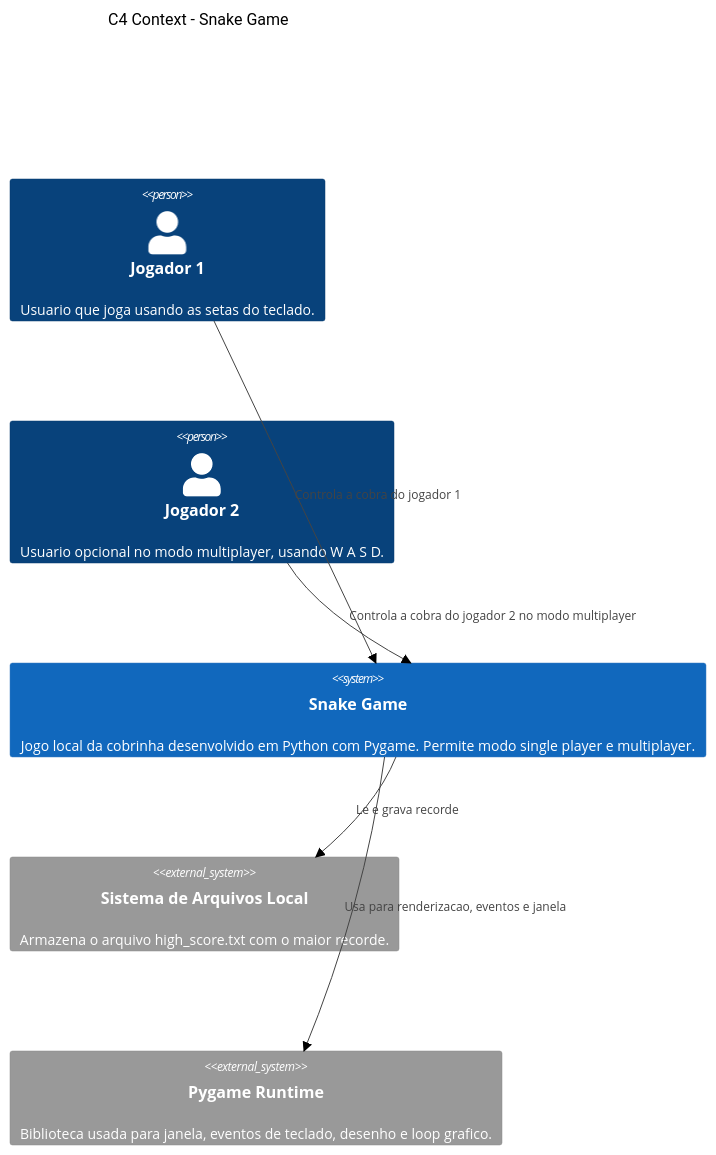
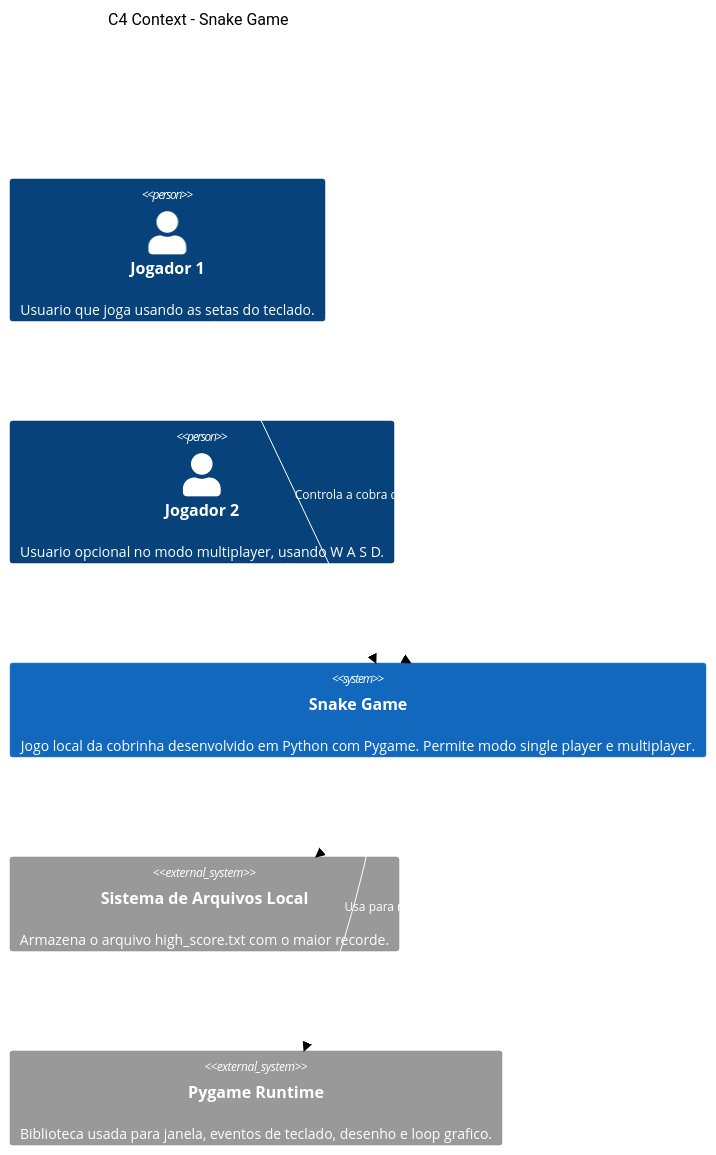
One commit to RafaelUEA2020/cobra_bolada changed the first of 3 diagrams in ARCHITECTURE_C4.md. Above: the diagram before and after it, drawn with Mermaid (neutral theme). The commit also changed other lines of this file, not shown here.

Commit message:
Adjust Architecture

````diff
--- a/ARCHITECTURE_C4.md
+++ b/ARCHITECTURE_C4.md
@@ -9,17 +9,22 @@
 ```mermaid
 C4Context
     title C4 Context - Snake Game
 
     Person(player1, "Jogador 1", "Usuario que joga usando as setas do teclado.")
     Person(player2, "Jogador 2", "Usuario opcional no modo multiplayer, usando W A S D.")
 
     System(snakeGame, "Snake Game", "Jogo local da cobrinha desenvolvido em Python com Pygame. Permite modo single player e multiplayer.")
 
     System_Ext(fileSystem, "Sistema de Arquivos Local", "Armazena o arquivo high_score.txt com o maior recorde.")
     System_Ext(pygameRuntime, "Pygame Runtime", "Biblioteca usada para janela, eventos de teclado, desenho e loop grafico.")
 
     Rel(player1, snakeGame, "Controla a cobra do jogador 1")
     Rel(player2, snakeGame, "Controla a cobra do jogador 2 no modo multiplayer")
     Rel(snakeGame, fileSystem, "Le e grava recorde")
     Rel(snakeGame, pygameRuntime, "Usa para renderizacao, eventos e janela")
+
+    UpdateRelStyle(player1, snakeGame, $textColor="white", $lineColor="white")
+    UpdateRelStyle(player2, snakeGame, $textColor="white", $lineColor="white")
+    UpdateRelStyle(snakeGame, fileSystem, $textColor="white", $lineColor="white")
+    UpdateRelStyle(snakeGame, pygameRuntime, $textColor="white", $lineColor="white")
 ```
````
